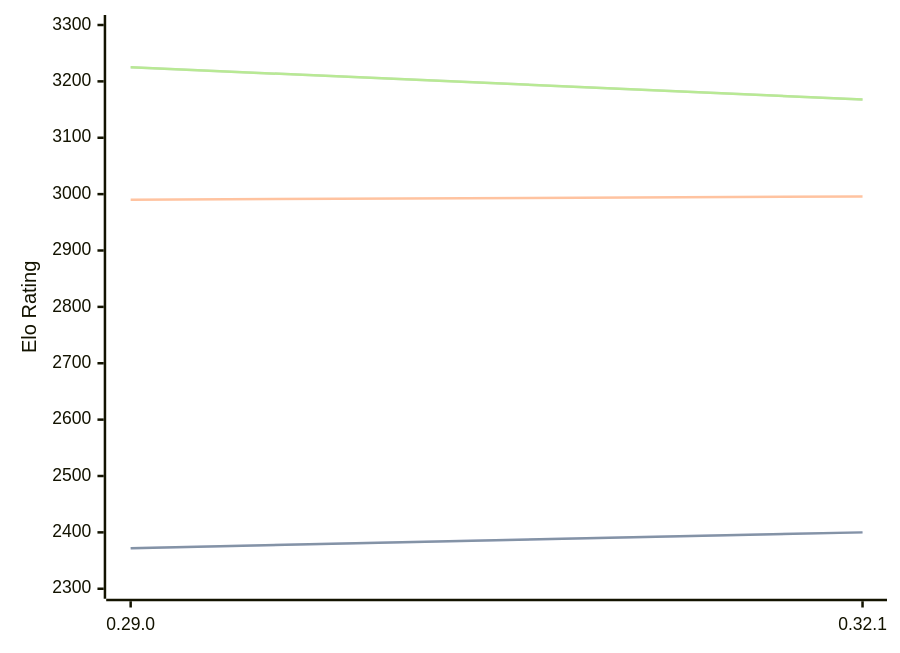
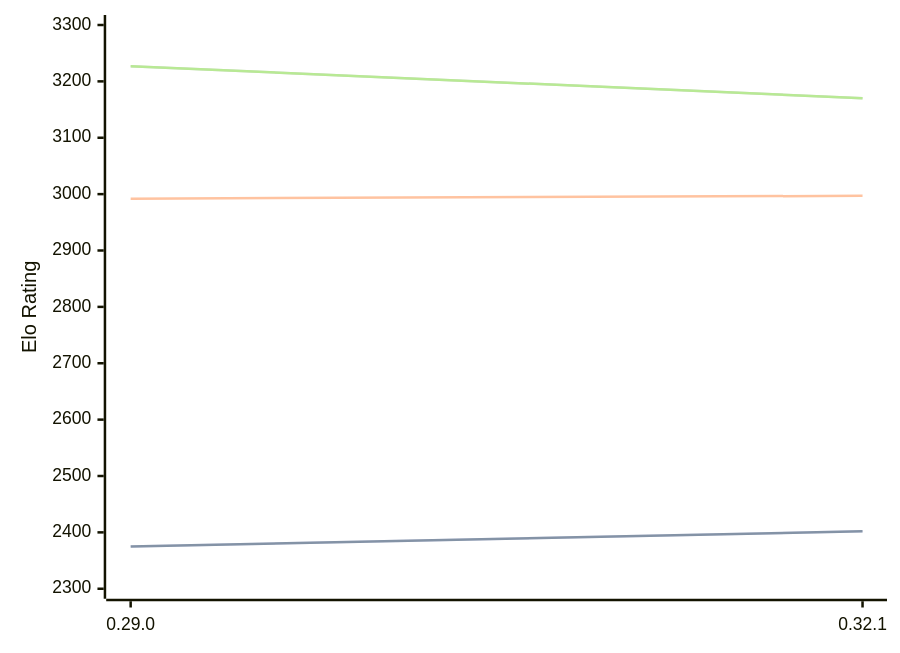
The diagram in engines/Lc0.md (computer-chess-index/cci), drawn with Mermaid before and after one commit. The commit also changed other lines of this file, not shown here.

Commit message:
Update CCI Ratings (ELO VLTC) - 2026-08-22

````diff
--- a/engines/Lc0.md
+++ b/engines/Lc0.md
@@ -32,11 +32,11 @@
 ```mermaid
 %%{init: {"theme":"base","themeVariables":{"seriesColors:['#a3a3a3','#222221','#faa371']}}}%%
 xychart-beta
   x-axis ["0.29.0", "0.32.1"]
   y-axis "Elo Rating" 2300 --> 3300
-  line "STC (8.0+0.08s)" [2372, 2400]
-  line "STC (8.0+0.08s)" [2372, 2400]
-  line "LTC (60.0+0.60s)" [2990, 2996]
-  line "VLTC (2m24s+1.12s)" [3225, 3168]
-  line "VLTC (2m24s+1.12s)" [3225, 3168]
+  line "STC (8.0+0.08s)" [2375, 2402]
+  line "STC (8.0+0.08s)" [2375, 2402]
+  line "LTC (60.0+0.60s)" [2992, 2997]
+  line "VLTC (2m24s+1.12s)" [3227, 3170]
+  line "VLTC (2m24s+1.12s)" [3227, 3170]
 ```
````
